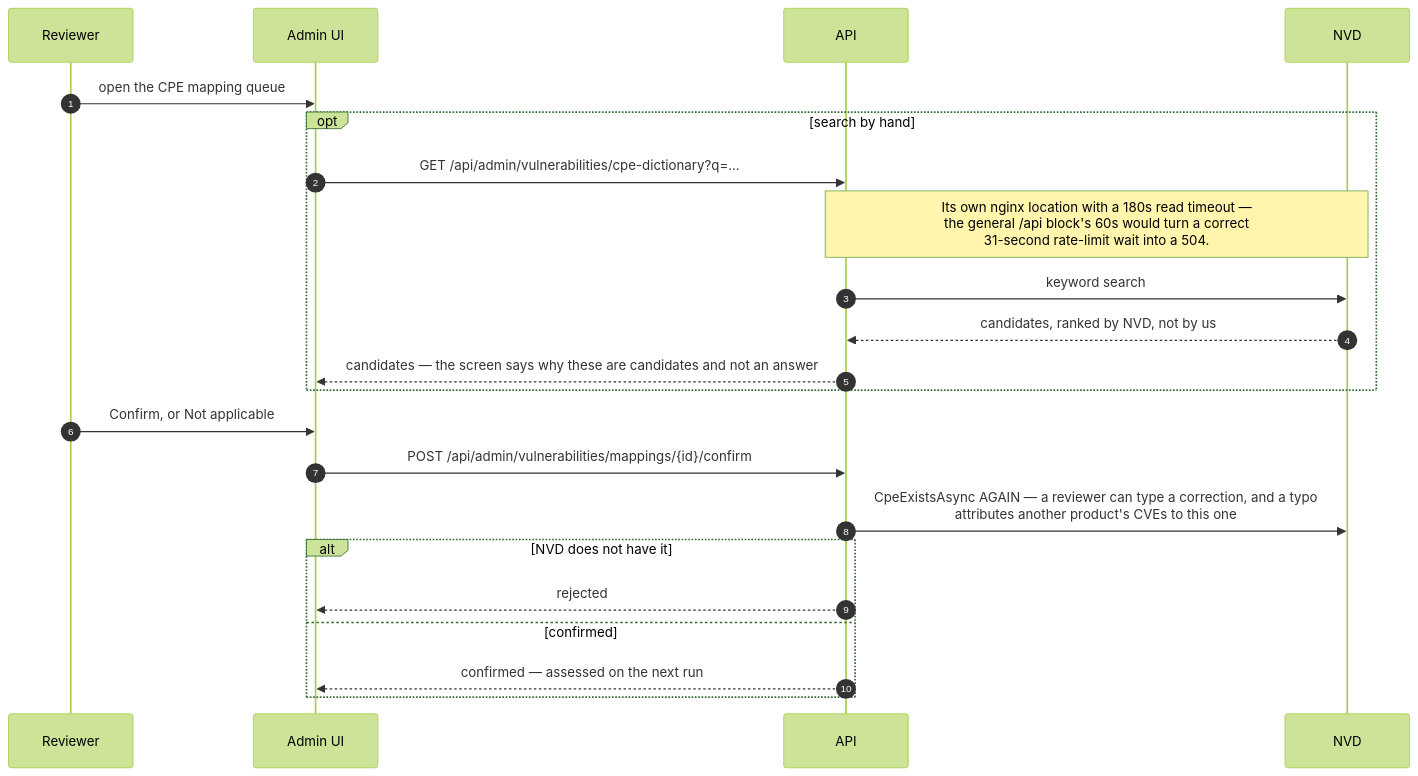
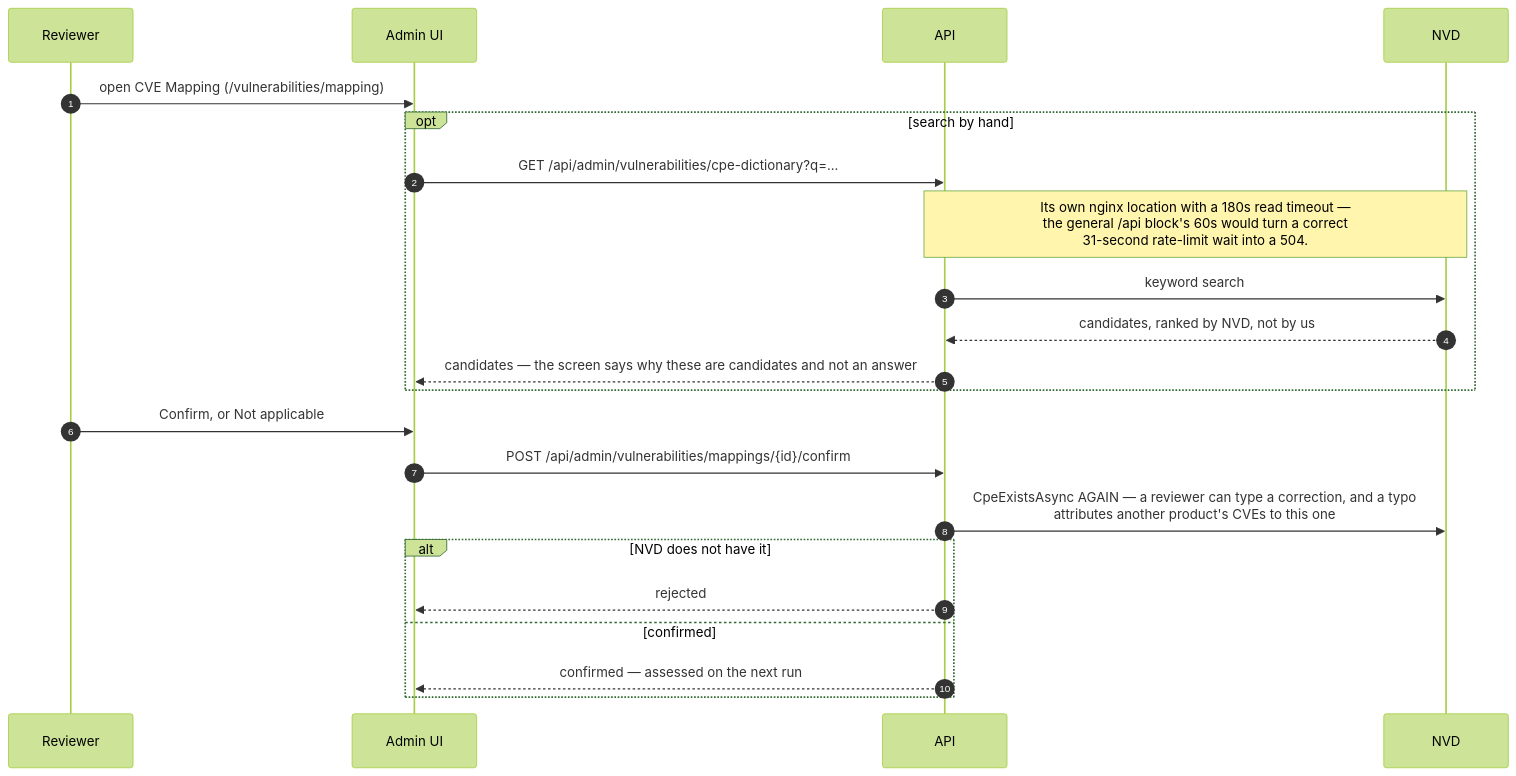
The ninth of 9 diagrams in ARCHITECTURE.md (hobleyd/kintsugi), drawn with Mermaid (forest theme) before and after one commit. The commit also changed 1 other file, not shown here.

Commit message:
Name the two Vulnerabilities screens where the docs index them
The root table and the assessment sequence diagram both still described one
screen. Neither is prose a reader chooses to check — the table is how you find
the file that explains something, and the diagram is how you find the table.

Claude-Session: https://claude.ai/code/session_01VMTqtZTh2qLnQGGwbep8je

````diff
--- a/ARCHITECTURE.md
+++ b/ARCHITECTURE.md
@@ -539,25 +539,25 @@
 ```mermaid
 sequenceDiagram
     autonumber
     participant Human as Reviewer
     participant Ui as Admin UI
     participant Api as API
     participant Nvd as NVD
 
-    Human->>Ui: open the CPE mapping queue
+    Human->>Ui: open CVE Mapping (/vulnerabilities/mapping)
     opt search by hand
         Ui->>Api: GET /api/admin/vulnerabilities/cpe-dictionary?q=...
         Note over Api,Nvd: Its own nginx location with a 180s read timeout —<br/>the general /api block's 60s would turn a correct<br/>31-second rate-limit wait into a 504.
         Api->>Nvd: keyword search
         Nvd-->>Api: candidates, ranked by NVD, not by us
         Api-->>Ui: candidates — the screen says why these are candidates and not an answer
     end
     Human->>Ui: Confirm, or Not applicable
     Ui->>Api: POST /api/admin/vulnerabilities/mappings/{id}/confirm
     Api->>Nvd: CpeExistsAsync AGAIN — a reviewer can type a correction, and a typo<br/>attributes another product's CVEs to this one
     alt NVD does not have it
         Api-->>Ui: rejected
     else confirmed
         Api-->>Ui: confirmed — assessed on the next run
     end
 ```
````
